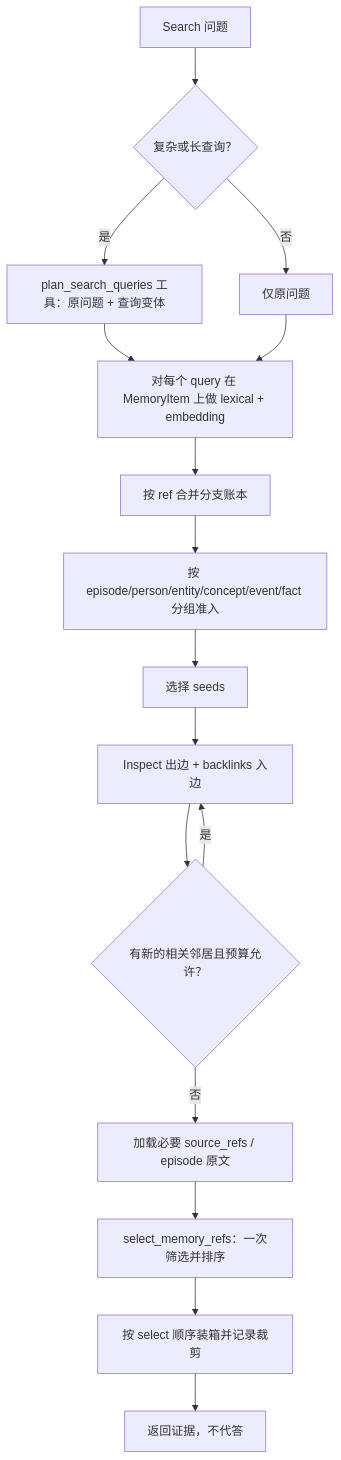
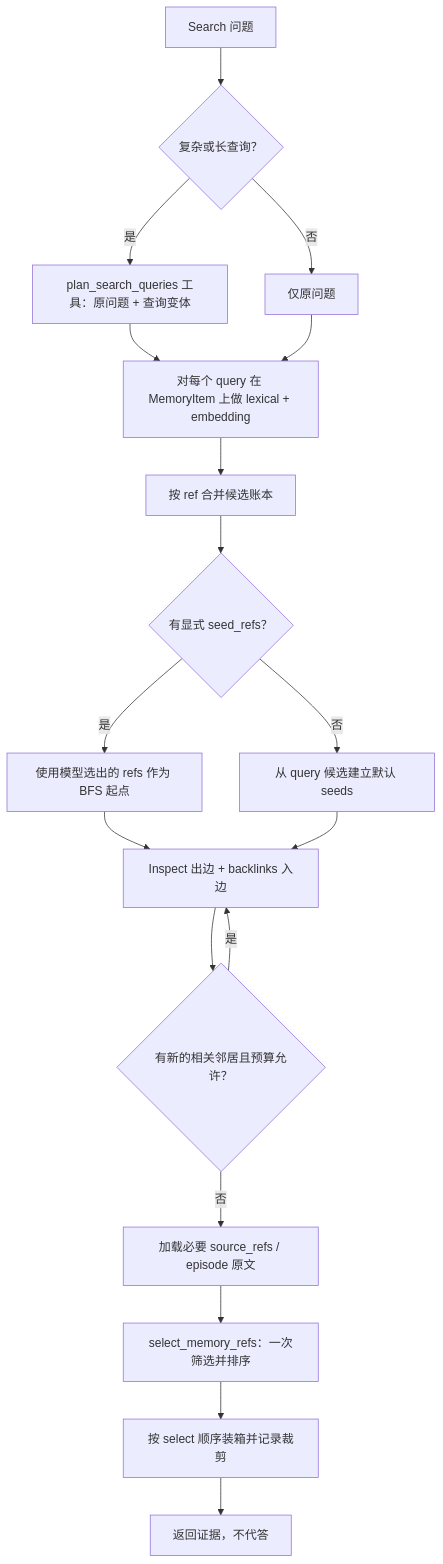
The second of 3 diagrams in docs/phase-2/method-improvement-plan.md (Graygoo7529/AM-Link), drawn with Mermaid before and after one commit. The commit also changed other lines of this file and 2 other files, not shown here.

````diff
--- a/docs/phase-2/method-improvement-plan.md
+++ b/docs/phase-2/method-improvement-plan.md
@@ -73,18 +105,20 @@
 ```mermaid
 flowchart TD
   A[Search 问题] --> B{复杂或长查询？}
   B -->|是| C[plan_search_queries 工具：原问题 + 查询变体]
   B -->|否| D[仅原问题]
   C --> E[对每个 query 在 MemoryItem 上做 lexical + embedding]
   D --> E
-  E --> F[按 ref 合并分支账本]
-  F --> G[按 episode/person/entity/concept/event/fact 分组准入]
-  G --> H[选择 seeds]
-  H --> I[Inspect 出边 + backlinks 入边]
-  I --> J{有新的相关邻居且预算允许？}
-  J -->|是| I
-  J -->|否| K[加载必要 source_refs / episode 原文]
-  K --> L[select_memory_refs：一次筛选并排序]
-  L --> M[按 select 顺序装箱并记录裁剪]
-  M --> N[返回证据，不代答]
+  E --> F[按 ref 合并候选账本]
+  F --> G{有显式 seed_refs？}
+  G -->|是| H[使用模型选出的 refs 作为 BFS 起点]
+  G -->|否| I[从 query 候选建立默认 seeds]
+  H --> J[Inspect 出边 + backlinks 入边]
+  I --> J
+  J --> K{有新的相关邻居且预算允许？}
+  K -->|是| J
+  K -->|否| L[加载必要 source_refs / episode 原文]
+  L --> M[select_memory_refs：一次筛选并排序]
+  M --> N[按 select 顺序装箱并记录裁剪]
+  N --> O[返回证据，不代答]
 ```
````
